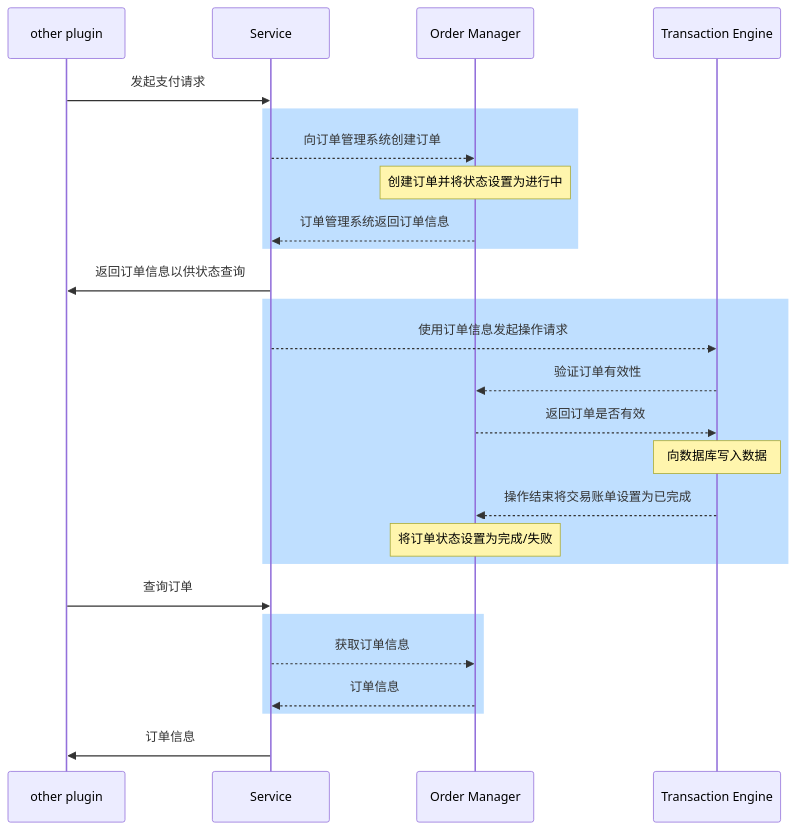
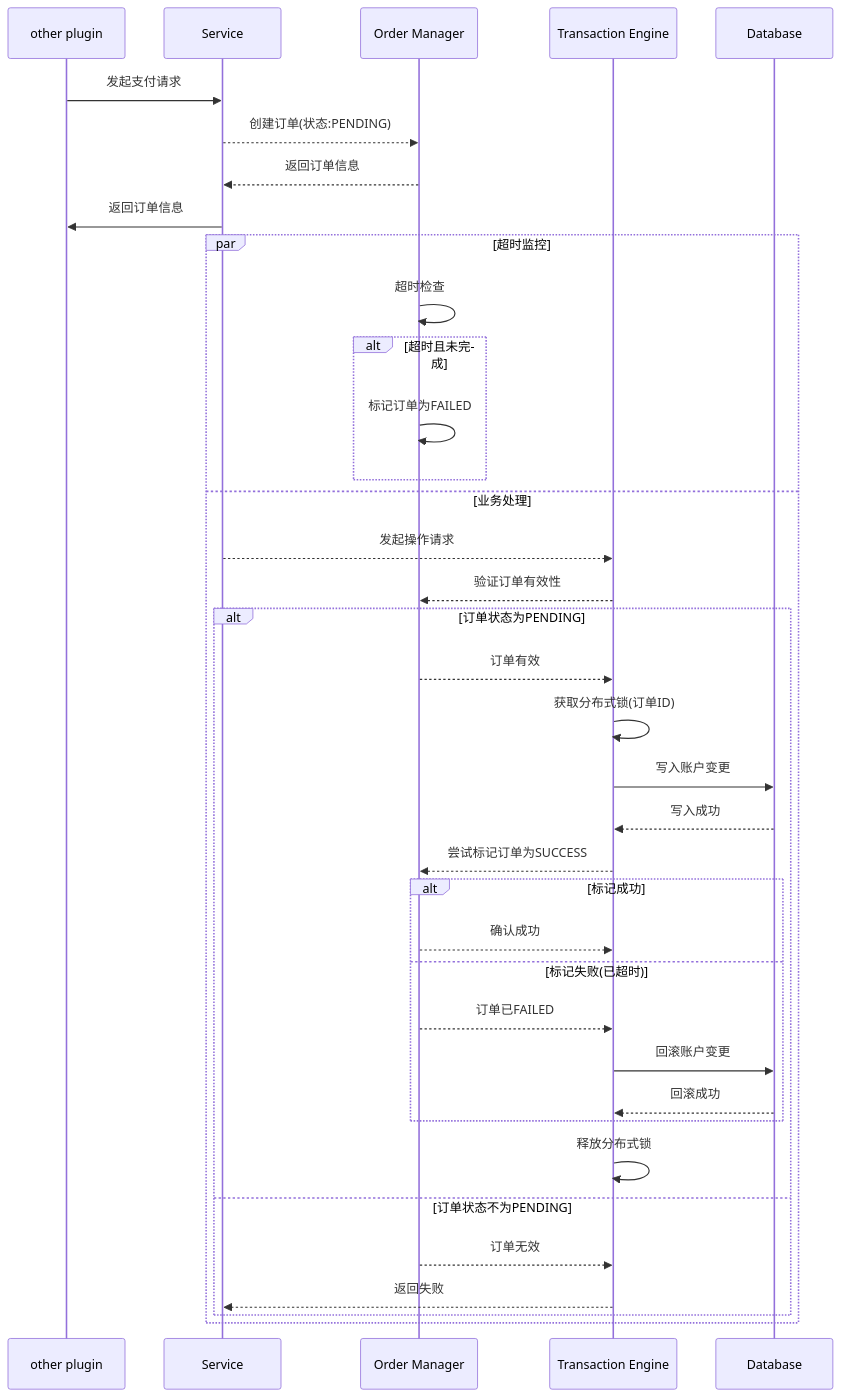
One commit to DMB-codegang/koishi-plugin-PointMint changed the diagram in readme.md. Above: the diagram before and after it, drawn with Mermaid.

Commit message:
Enhance sequence diagram with timeout and DB details
Updated the sequence diagram to include timeout monitoring and database interactions.

````diff
--- a/readme.md
+++ b/readme.md
@@ -24,29 +24,41 @@
 ```mermaid
 sequenceDiagram
-	participant C as other plugin
-	participant S as Service
-	participant order as Order Manager
-	participant trans as Transaction Engine
-
-	C->>S: 发起支付请求
-	rect rgb(191,223,255)
-		S-->>order:向订单管理系统创建订单
-		Note over order:创建订单并将状态设置为进行中
-		order-->>S:订单管理系统返回订单信息
-		end
-	S->>C:返回订单信息以供状态查询
-	rect rgb(191,223,255)
-		S-->>trans:使用订单信息发起操作请求
-		trans-->>order:验证订单有效性
-		order-->>trans:返回订单是否有效
-		Note over trans:向数据库写入数据
-		trans-->>order:操作结束将交易账单设置为已完成
-		Note over order:将订单状态设置为完成/失败
-	end
-	C->>S:查询订单
-	rect rgb(191,223,255)
-		S-->>order:获取订单信息
-		order-->>S:订单信息
-	end
-	S->>C:订单信息
+    participant C as other plugin
+    participant S as Service
+    participant order as Order Manager
+    participant trans as Transaction Engine
+    participant DB as Database
+    
+    C->>S: 发起支付请求
+    S-->>order: 创建订单(状态:PENDING)
+    order-->>S: 返回订单信息
+    S->>C: 返回订单信息
+    
+    par 超时监控
+        order->>order: 超时检查
+        alt 超时且未完成
+            order->>order: 标记订单为FAILED
+        end
+    and 业务处理
+        S-->>trans: 发起操作请求
+        trans-->>order: 验证订单有效性
+        alt 订单状态为PENDING
+            order-->>trans: 订单有效
+            trans->>trans: 获取分布式锁(订单ID)
+            trans->>DB: 写入账户变更
+            DB-->>trans: 写入成功
+            trans-->>order: 尝试标记订单为SUCCESS
+            alt 标记成功
+                order-->>trans: 确认成功
+            else 标记失败(已超时)
+                order-->>trans: 订单已FAILED
+                trans->>DB: 回滚账户变更
+                DB-->>trans: 回滚成功
+            end
+            trans->>trans: 释放分布式锁
+        else 订单状态不为PENDING
+            order-->>trans: 订单无效
+            trans-->>S: 返回失败
+        end
+    end
 ```
````
